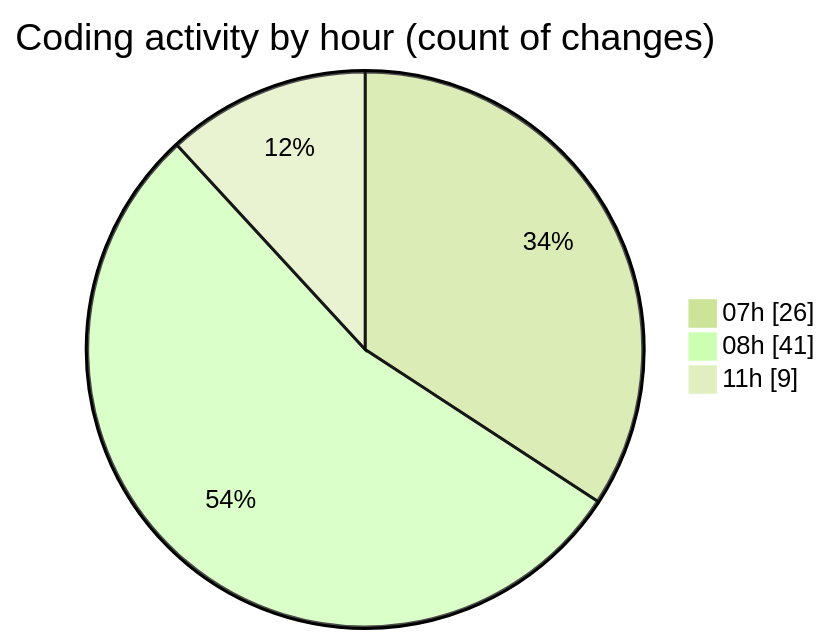
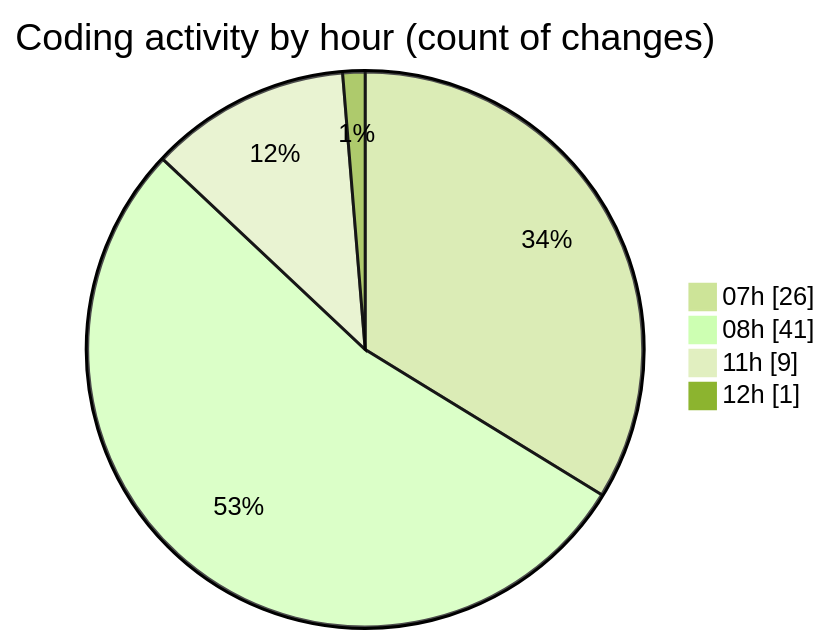
One commit to vahidmafi/code-tracking changed the second of 2 diagrams in 2025-10-04/shop/README.md. Above: the diagram before and after it, drawn with Mermaid (forest theme). The commit also changed other lines of this file and 1 other file, not shown here.

````diff
--- a/2025-10-04/shop/README.md
+++ b/2025-10-04/shop/README.md
@@ -50,7 +50,8 @@
 ```mermaid
 pie showData
 title Coding activity by hour (count of changes)
 "07h" : 26
 "08h" : 41
 "11h" : 9
+"12h" : 1
 ```
````
